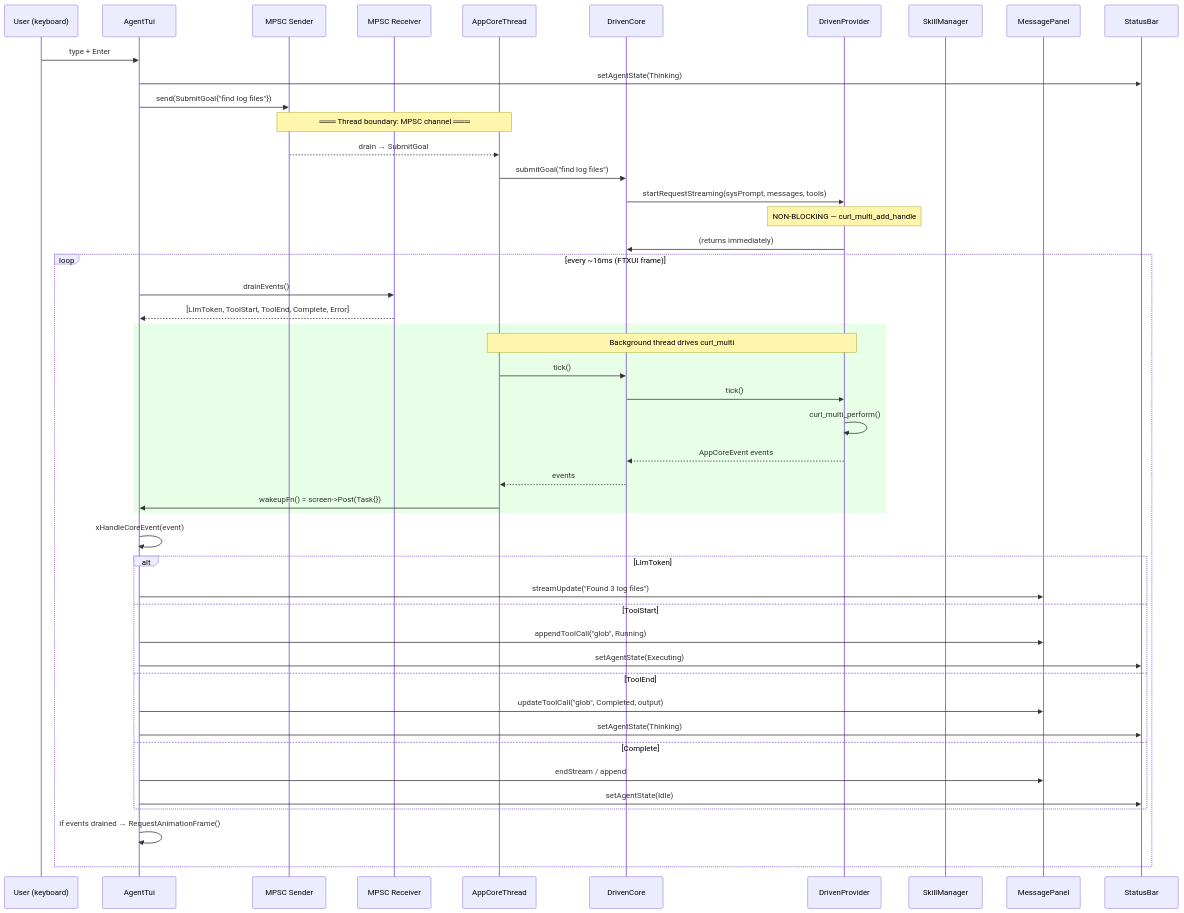
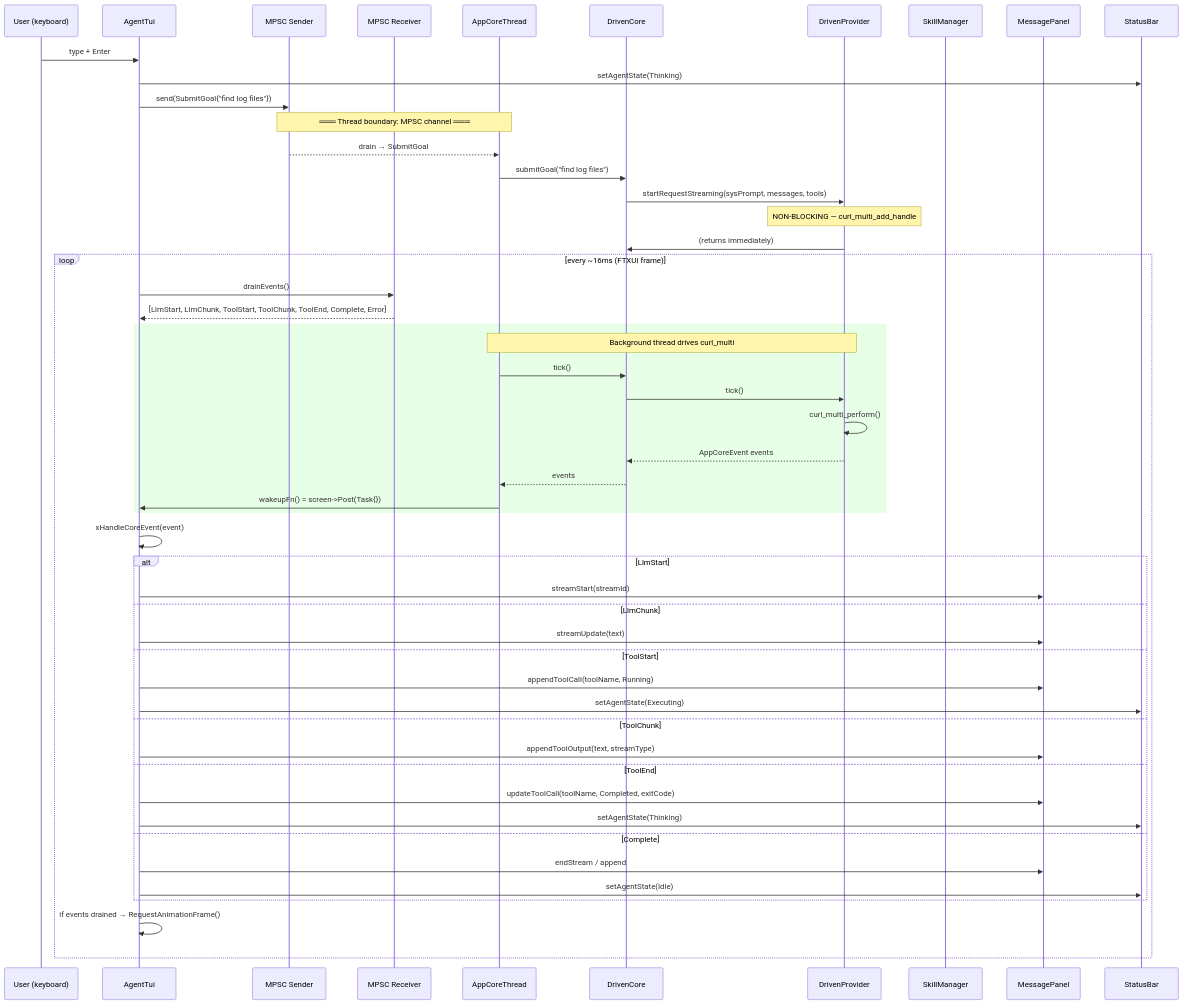
One commit to opensassi/a0 changed the third of 6 diagrams in specs/concurrency-model.md. Above: the diagram before and after it, drawn with Mermaid. The commit also changed other lines of this file and 165 other files, not shown here.

````diff
--- a/specs/concurrency-model.md
+++ b/specs/concurrency-model.md
@@ -510,58 +484,62 @@
 ```mermaid
 sequenceDiagram
     participant USER as User (keyboard)
     participant AT as AgentTui
     participant CMD as MPSC Sender
     participant EVT as MPSC Receiver
     participant ACT as AppCoreThread
     participant DC as DrivenCore
     participant DP as DrivenProvider
     participant SM as SkillManager
     participant MP as MessagePanel
     participant SB as StatusBar
 
     USER->>AT: type + Enter
     AT->>SB: setAgentState(Thinking)
 
     AT->>CMD: send(SubmitGoal{"find log files"})
 
     Note over CMD,ACT: ═══ Thread boundary: MPSC channel ═══
 
     CMD-->>ACT: drain → SubmitGoal
     ACT->>DC: submitGoal("find log files")
     DC->>DP: startRequestStreaming(sysPrompt, messages, tools)
     Note over DP: NON-BLOCKING — curl_multi_add_handle
     DP->>DC: (returns immediately)
 
     loop every ~16ms (FTXUI frame)
         AT->>EVT: drainEvents()
-        EVT-->>AT: [LlmToken, ToolStart, ToolEnd, Complete, Error]
+        EVT-->>AT: [LlmStart, LlmChunk, ToolStart, ToolChunk, ToolEnd, Complete, Error]
 
         rect rgb(230, 255, 230)
             Note over DP,ACT: Background thread drives curl_multi
             ACT->>DC: tick()
             DC->>DP: tick()
             DP->>DP: curl_multi_perform()
             DP-->>DC: AppCoreEvent events
             DC-->>ACT: events
             ACT->>AT: wakeupFn() = screen->Post(Task{})
         end
 
         AT->>AT: xHandleCoreEvent(event)
 
-        alt LlmToken
-            AT->>MP: streamUpdate("Found 3 log files")
+        alt LlmStart
+            AT->>MP: streamStart(streamId)
+        else LlmChunk
+            AT->>MP: streamUpdate(text)
         else ToolStart
-            AT->>MP: appendToolCall("glob", Running)
+            AT->>MP: appendToolCall(toolName, Running)
             AT->>SB: setAgentState(Executing)
+        else ToolChunk
+            AT->>MP: appendToolOutput(text, streamType)
         else ToolEnd
-            AT->>MP: updateToolCall("glob", Completed, output)
+            AT->>MP: updateToolCall(toolName, Completed, exitCode)
             AT->>SB: setAgentState(Thinking)
         else Complete
             AT->>MP: endStream / append
             AT->>SB: setAgentState(Idle)
         end
 
         AT->>AT: if events drained → RequestAnimationFrame()
     end
 ```
````
